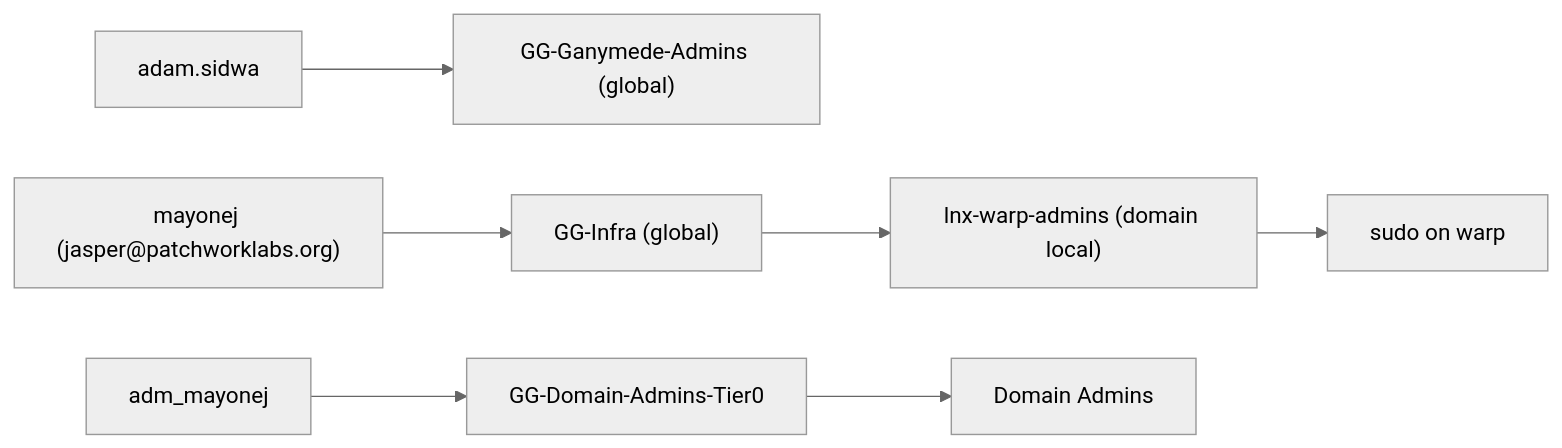
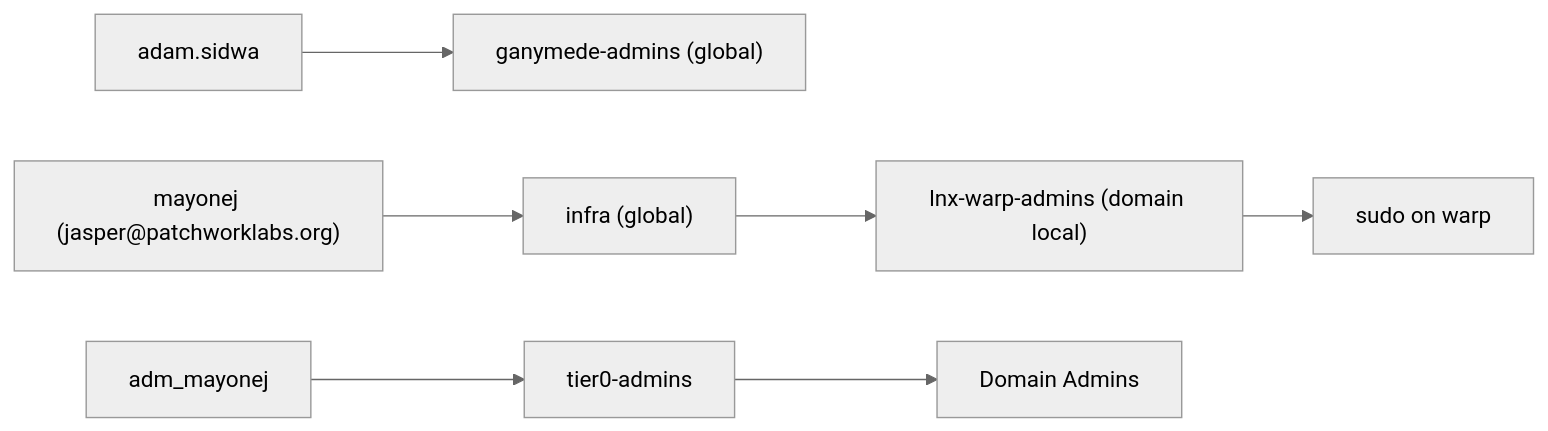
One commit to patchworklabsorg/infra changed the first of 4 diagrams in ad/README.md. Above: the diagram before and after it, drawn with Mermaid (neutral theme). The commit also changed other lines of this file and 13 other files, not shown here.

````diff
--- a/ad/README.md
+++ b/ad/README.md
@@ -25,8 +26,8 @@
 ```mermaid
 flowchart LR
-  user["adam.sidwa"] --> role["GG-Ganymede-Admins (global)"]
-  infra["mayonej (jasper@patchworklabs.org)"] --> gginfra["GG-Infra (global)"]
-  gginfra --> lnx["lnx-warp-admins (domain local)"]
+  user["adam.sidwa"] --> role["ganymede-admins (global)"]
+  infra["mayonej (jasper@patchworklabs.org)"] --> infragrp["infra (global)"]
+  infragrp --> lnx["lnx-warp-admins (domain local)"]
   lnx --> perm["sudo on warp"]
-  adm["adm_mayonej"] --> t0["GG-Domain-Admins-Tier0"] --> da["Domain Admins"]
+  adm["adm_mayonej"] --> t0["tier0-admins"] --> da["Domain Admins"]
 ```
````
